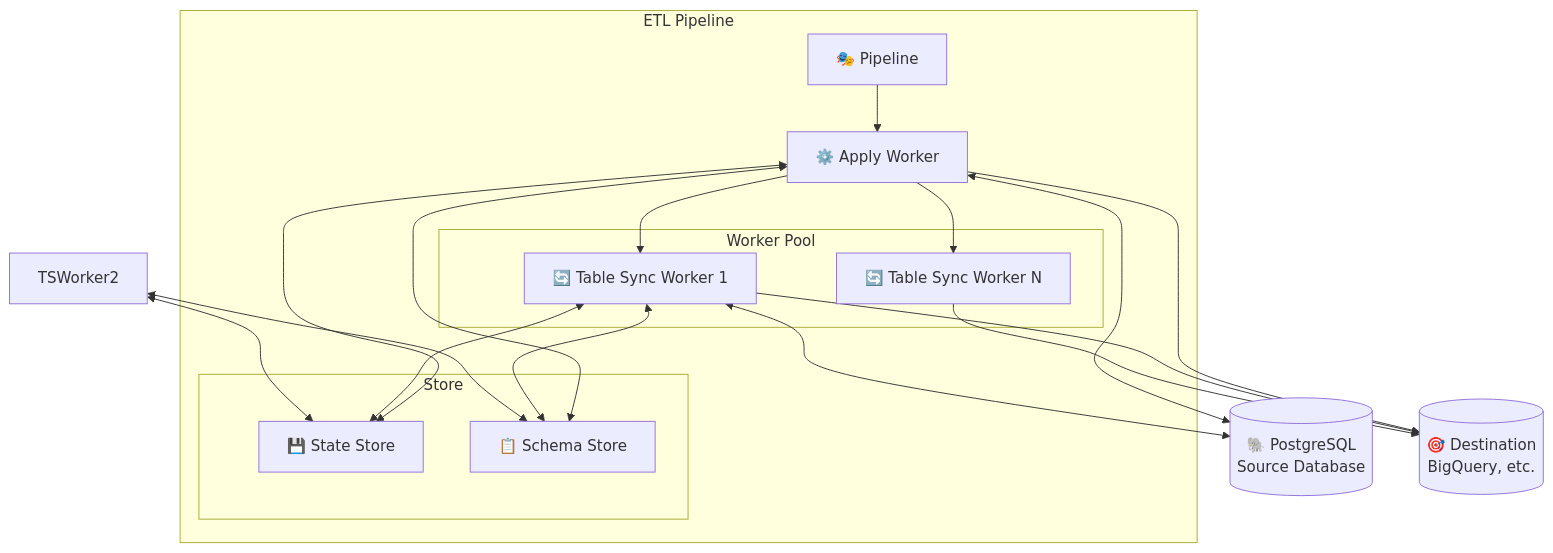
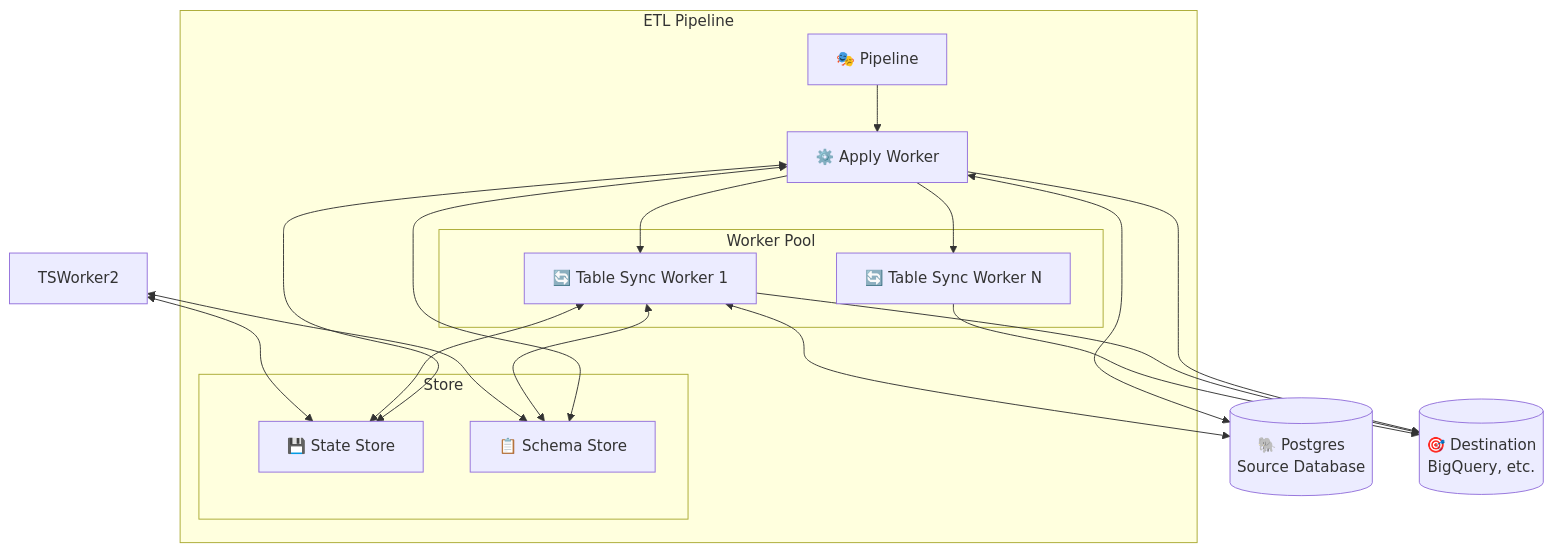
Before and after one commit to thewandererbg/pg_replicate: the diagram in etl/README.md, drawn with Mermaid. The commit also changed other lines of this file and 72 other files, not shown here.

Commit message:
Use Postgres instead of PostgreSQL (#272)

````diff
--- a/etl/README.md
+++ b/etl/README.md
@@ -29,43 +29,43 @@
 ```mermaid
-graph TB    
+graph TB
     subgraph "ETL Pipeline"
         Pipeline["🎭 Pipeline"]
-        
+
         ApplyWorker["⚙️ Apply Worker"]
 
         subgraph "Worker Pool"
             TSWorker1["🔄 Table Sync Worker 1"]
             TSWorkerN["🔄 Table Sync Worker N"]
         end
-        
+
         subgraph "Store"
             StateStore["💾 State Store"]
             SchemaStore["📋 Schema Store"]
         end
     end
 
-    PG[("🐘 PostgreSQL<br/>Source Database")]
-    
+    PG[("🐘 Postgres<br/>Source Database")]
+
     Destination[("🎯 Destination<br/>BigQuery, etc.")]
-    
+
     Pipeline --> ApplyWorker
-    
+
     ApplyWorker --> TSWorker1
     ApplyWorker --> TSWorkerN
-    
+
     ApplyWorker --> Destination
     TSWorker1 --> Destination
     TSWorkerN --> Destination
 
     ApplyWorker <--> PG
     TSWorker1 <--> PG
 
     ApplyWorker <--> StateStore
     ApplyWorker <--> SchemaStore
 
     TSWorker1 <--> StateStore
     TSWorker1 <--> SchemaStore
 
     TSWorker2 <--> StateStore
     TSWorker2 <--> SchemaStore
 ```
````
